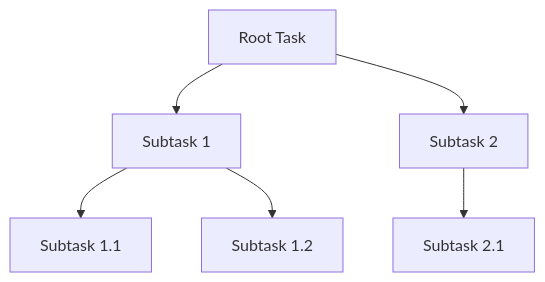
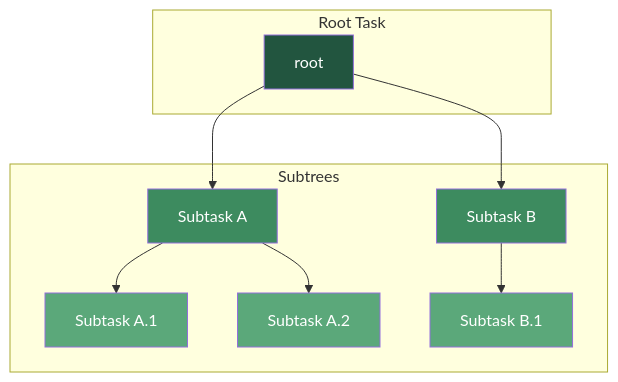
Before and after one commit to yusing/godoxy-wiki: the second of 5 diagrams in src/impl/goutils-task.md, drawn with Mermaid. The commit also changed other lines of this file, not shown here.

Commit message:
Update goutils/task docs

````diff
--- a/src/impl/goutils-task.md
+++ b/src/impl/goutils-task.md
@@ -95,8 +279,22 @@
 ```mermaid
-graph TD
-    A[Root Task] --> B[Subtask 1]
-    A --> C[Subtask 2]
-    B --> D[Subtask 1.1]
-    B --> E[Subtask 1.2]
-    C --> F[Subtask 2.1]
+graph TB
+    subgraph Root Task
+        R[root]
+    end
+
+    subgraph Subtrees
+        S1[Subtask A] --> S11[Subtask A.1]
+        S1 --> S12[Subtask A.2]
+        S2[Subtask B] --> S21[Subtask B.1]
+    end
+
+    R --> S1
+    R --> S2
+
+    style R fill:#22553F,color:#fff
+    style S1 fill:#3D8B5F,color:#fff
+    style S2 fill:#3D8B5F,color:#fff
+    style S11 fill:#5BA87A,color:#fff
+    style S12 fill:#5BA87A,color:#fff
+    style S21 fill:#5BA87A,color:#fff
 ```
````
